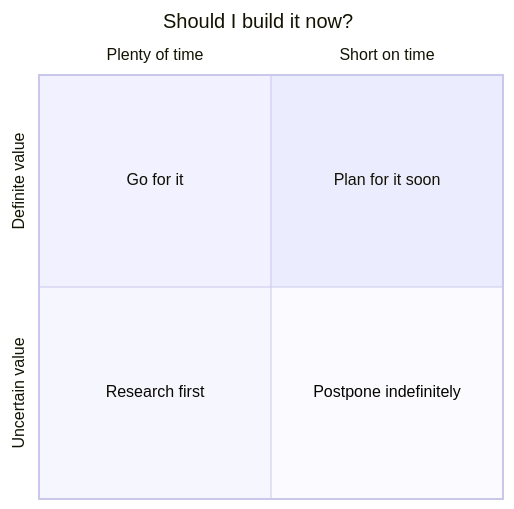
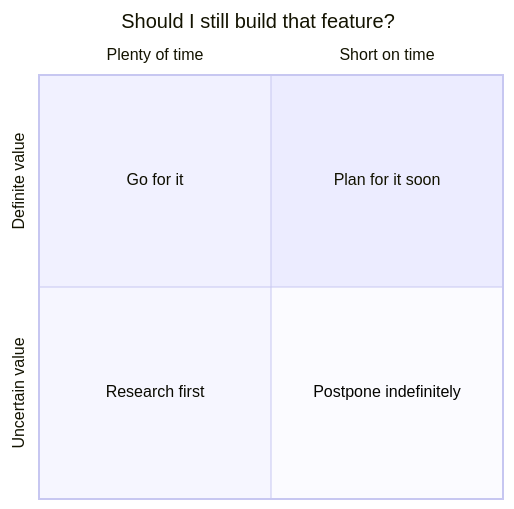
The second of 3 diagrams in content/blog/2025-05-02-building-a-level-builder.md (Frozen-Pizza-Studios/website), drawn with Mermaid before and after one commit. The commit also changed other lines of this file, not shown here.

````diff
--- a/content/blog/2025-05-02-building-a-level-builder.md
+++ b/content/blog/2025-05-02-building-a-level-builder.md
@@ -45,10 +43,10 @@
 ```mermaid
 quadrantChart
-  title Should I build it now?
+  title Should I still build that feature?
   x-axis Plenty of time --> Short on time
   y-axis Uncertain value --> Definite value
   quadrant-1 Plan for it soon
   quadrant-2 Go for it
   quadrant-3 Research first
   quadrant-4 Postpone indefinitely
 ```
````
